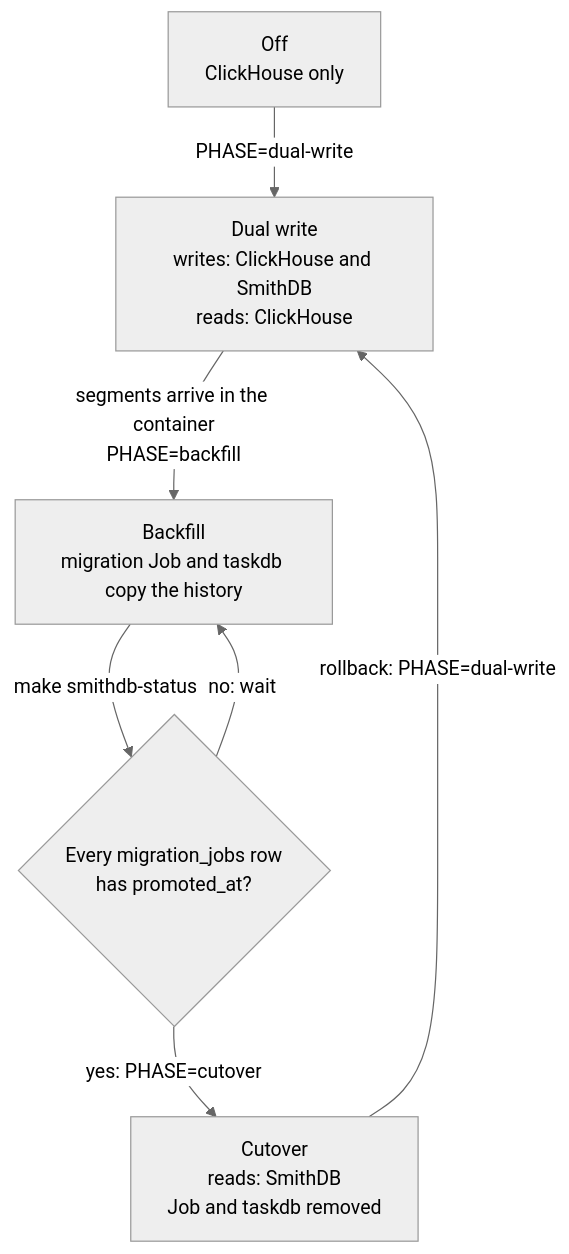
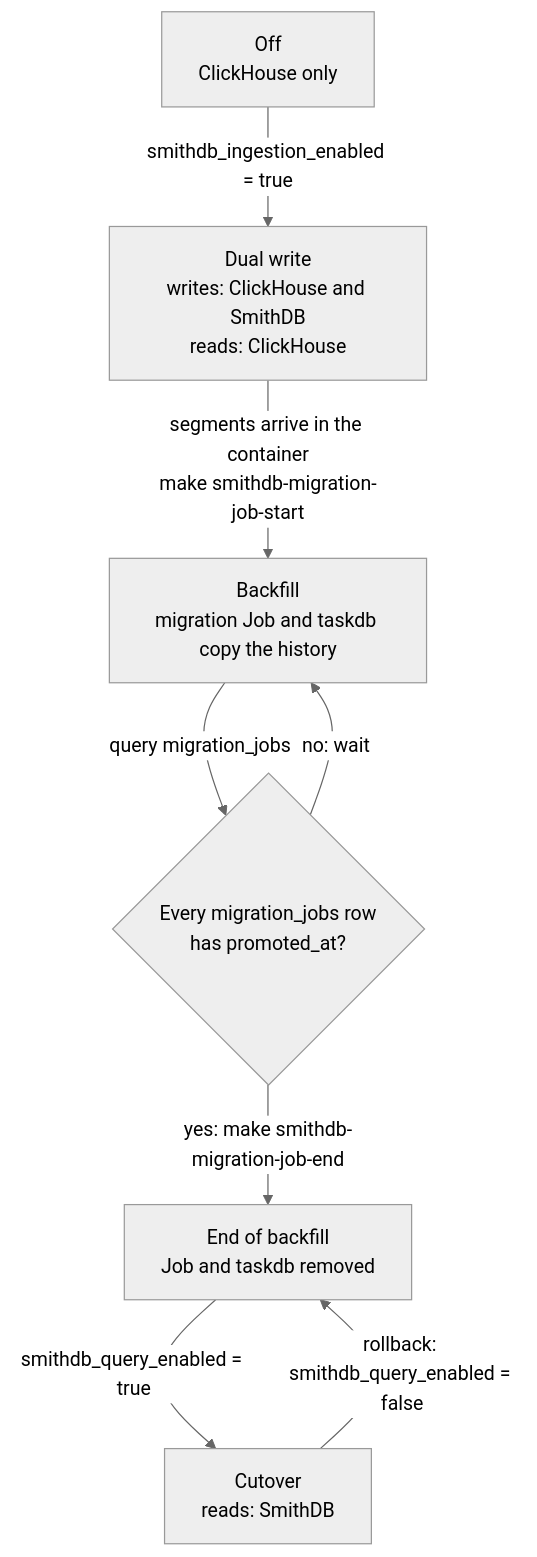
The diagram in modules/azure/SMITHDB.md (langchain-ai/terraform), drawn with Mermaid (neutral theme) before and after one commit. The commit also changed other lines of this file and 14 other files, not shown here.

First line of the commit message:
feat(azure): add SmithDB migration job start and end targets

````diff
--- a/modules/azure/SMITHDB.md
+++ b/modules/azure/SMITHDB.md
@@ -197,14 +229,16 @@
 ```mermaid
 flowchart TD
   off["Off<br/>ClickHouse only"]
   dual["Dual write<br/>writes: ClickHouse and SmithDB<br/>reads: ClickHouse"]
   backfill["Backfill<br/>migration Job and taskdb copy the history"]
   check{"Every migration_jobs row<br/>has promoted_at?"}
-  cutover["Cutover<br/>reads: SmithDB<br/>Job and taskdb removed"]
-  off -->|"PHASE=dual-write"| dual
-  dual -->|"segments arrive in the container<br/>PHASE=backfill"| backfill
-  backfill -->|"make smithdb-status"| check
+  ended["End of backfill<br/>Job and taskdb removed"]
+  cutover["Cutover<br/>reads: SmithDB"]
+  off -->|"smithdb_ingestion_enabled = true"| dual
+  dual -->|"segments arrive in the container<br/>make smithdb-migration-job-start"| backfill
+  backfill -->|"query migration_jobs"| check
   check -->|"no: wait"| backfill
-  check -->|"yes: PHASE=cutover"| cutover
-  cutover -->|"rollback: PHASE=dual-write"| dual
+  check -->|"yes: make smithdb-migration-job-end"| ended
+  ended -->|"smithdb_query_enabled = true"| cutover
+  cutover -->|"rollback: smithdb_query_enabled = false"| ended
 ```
````
